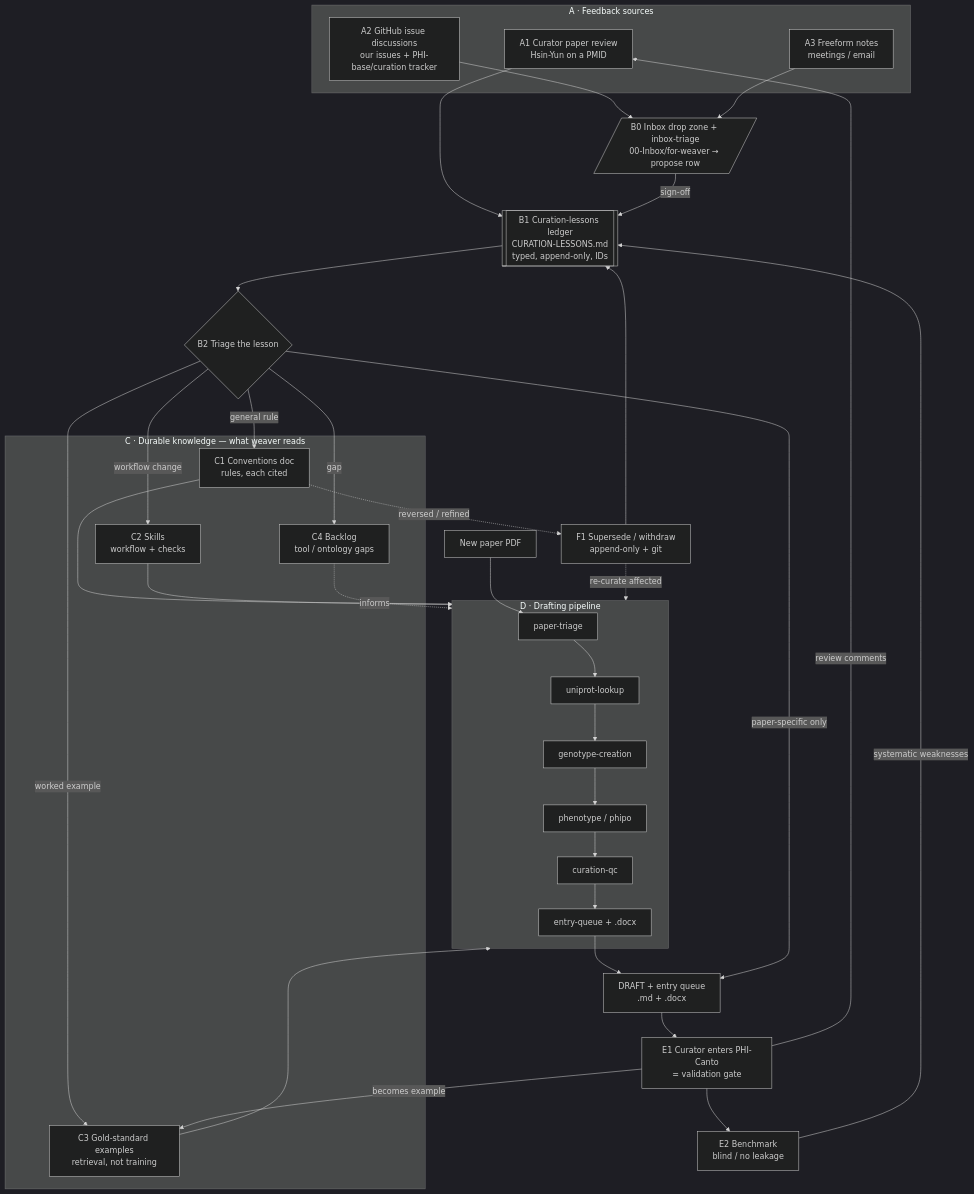
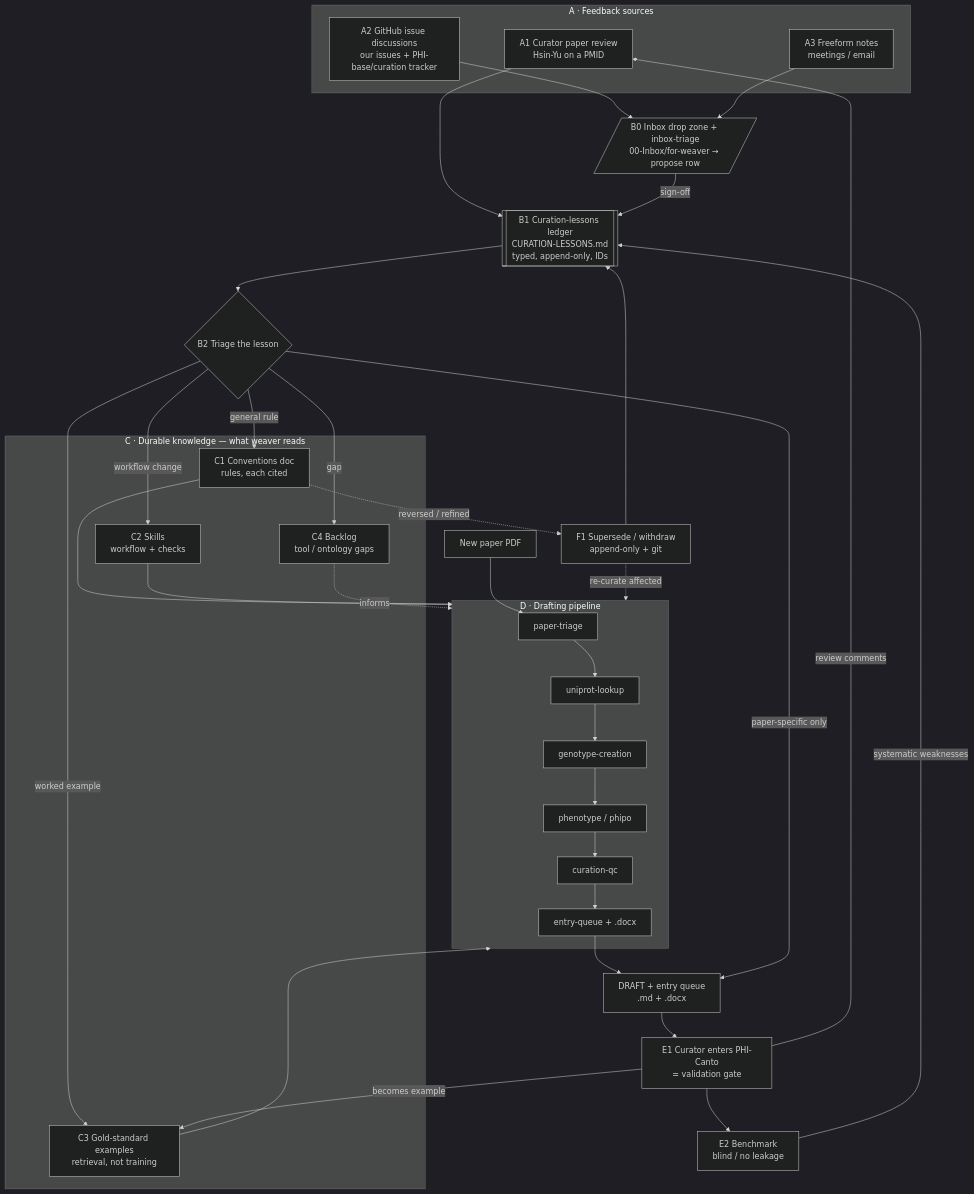
One commit to PHI-base/phi-weaver changed the diagram in docs/LEARNING-SYSTEM.md. Above: the diagram before and after it, drawn with Mermaid (dark theme). The commit also changed other lines of this file and 46 other files, not shown here.

````diff
--- a/docs/LEARNING-SYSTEM.md
+++ b/docs/LEARNING-SYSTEM.md
@@ -109,52 +113,52 @@
 ```mermaid
 flowchart TB
   subgraph A[A · Feedback sources]
-    A1[A1 Curator paper review\nHsin-Yun on a PMID]
+    A1[A1 Curator paper review\nHsin-Yu on a PMID]
     A2[A2 GitHub issue discussions\nour issues + PHI-base/curation tracker]
     A3[A3 Freeform notes\nmeetings / email]
   end
 
   B0[/B0 Inbox drop zone + inbox-triage\n00-Inbox/for-weaver → propose row/]
   B1[[B1 Curation-lessons ledger\nCURATION-LESSONS.md\ntyped, append-only, IDs]]
   B2{B2 Triage the lesson}
 
   subgraph C[C · Durable knowledge — what weaver reads]
     C1[C1 Conventions doc\nrules, each cited]
     C2[C2 Skills\nworkflow + checks]
     C3[C3 Gold-standard examples\nretrieval, not training]
     C4[C4 Backlog\ntool / ontology gaps]
   end
 
   subgraph D[D · Drafting pipeline]
     D1[paper-triage]-->D2[uniprot-lookup]-->D3[genotype-creation]-->D4[phenotype / phipo]-->D5[curation-qc]-->D6[entry-queue + .docx]
   end
 
   D0[New paper PDF]-->D1
   D6-->D7[DRAFT + entry queue\n.md + .docx]
 
   A1-->B1
   A2-->B0
   A3-->B0
   B0-->|sign-off|B1
   B1-->B2
   B2-->|general rule|C1
   B2-->|workflow change|C2
   B2-->|worked example|C3
   B2-->|gap|C4
   B2-->|paper-specific only|D7
 
   C1-->D
   C2-->D
   C3-->D
   C4-.informs.->D
 
   D7-->E1[E1 Curator enters PHI-Canto\n= validation gate]
   E1-->E2[E2 Benchmark\nblind / no leakage]
   E1-->|becomes example|C3
   E1-->|review comments|A1
   E2-->|systematic weaknesses|B1
 
   C1-. reversed / refined .->F1[F1 Supersede / withdraw\nappend-only + git]
   F1-->B1
   F1-. re-curate affected .->D
 ```
````
